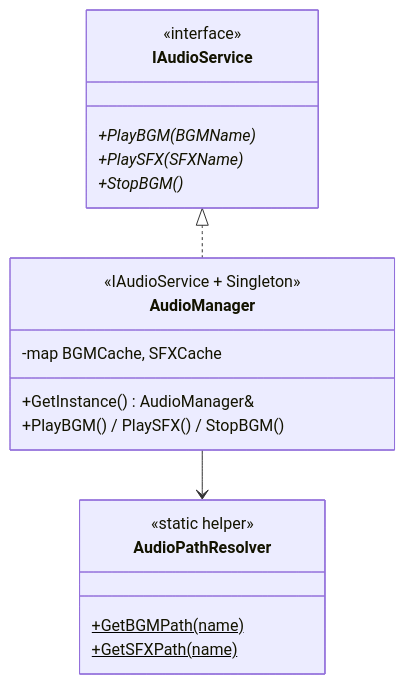
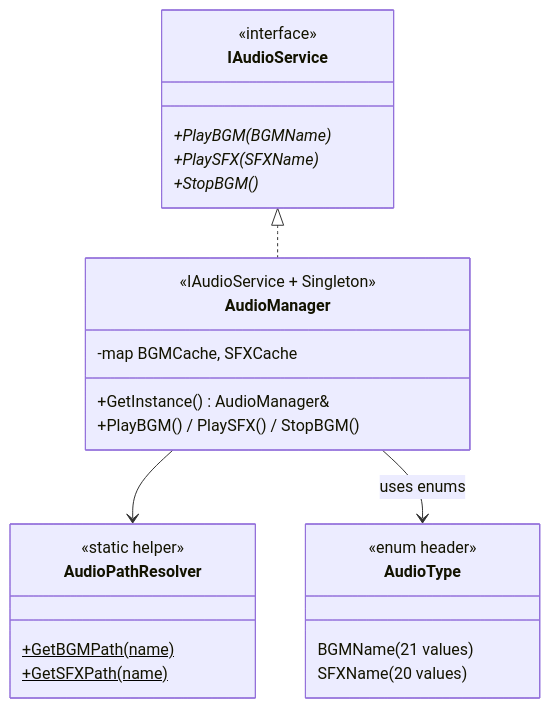
Before and after one commit to Andy87877/NTUT_OOPL_mario: the fourth of 6 diagrams in Constructure.md, drawn with Mermaid. The commit also changed other lines of this file and 68 other files, not shown here.

````diff
--- a/Constructure.md
+++ b/Constructure.md
@@ -229,25 +231,31 @@
 ```mermaid
 classDiagram
     direction TB
 
     class IAudioService {
         <<interface>>
         +PlayBGM(BGMName)*
         +PlaySFX(SFXName)*
         +StopBGM()*
     }
     class AudioManager {
         <<IAudioService + Singleton>>
         -map BGMCache, SFXCache
         +GetInstance() AudioManager&
         +PlayBGM() / PlaySFX() / StopBGM()
     }
     class AudioPathResolver {
         <<static helper>>
         +GetBGMPath(name)$
         +GetSFXPath(name)$
     }
+    class AudioType {
+        <<enum header>>
+        BGMName (21 values)
+        SFXName (20 values)
+    }
 
     IAudioService <|.. AudioManager
     AudioManager --> AudioPathResolver
+    AudioManager --> AudioType : uses enums
 ```
````
